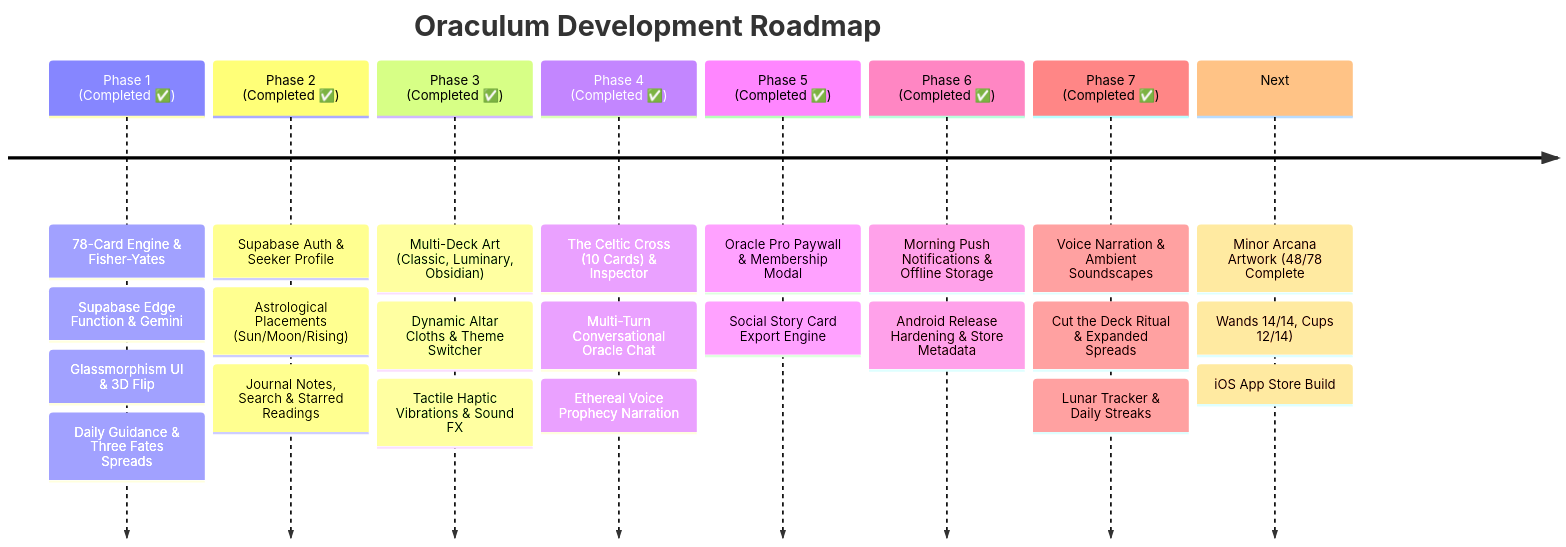
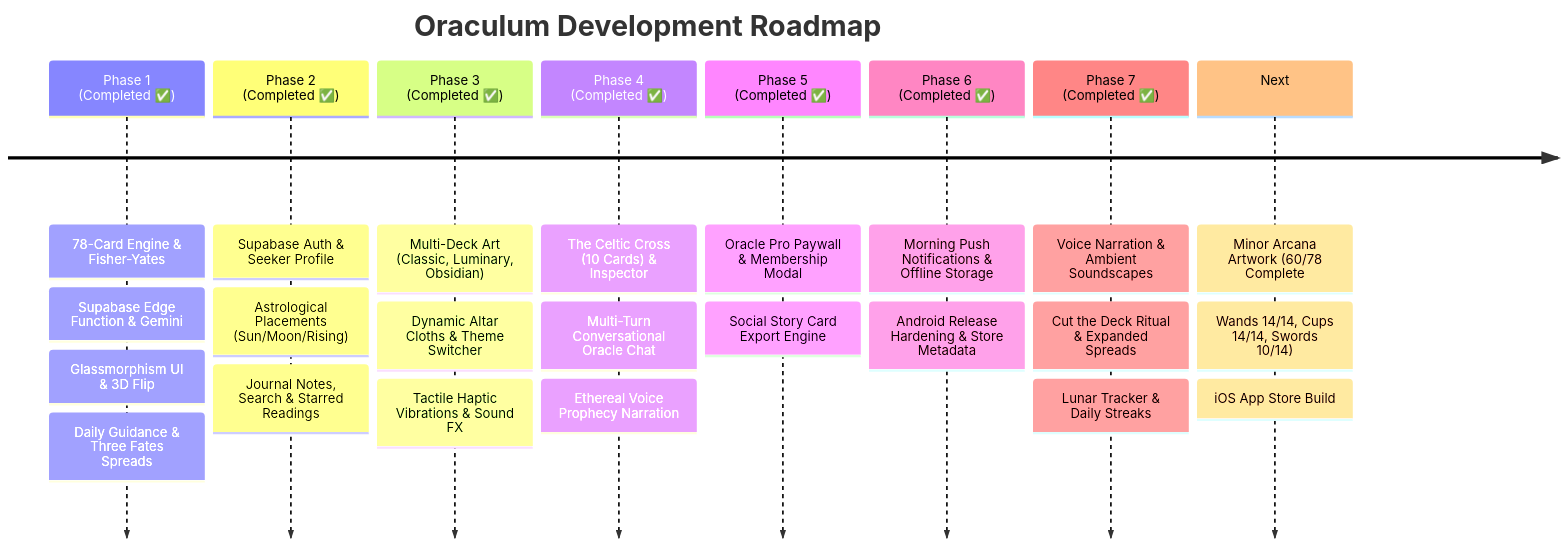
The diagram in ROADMAP.md (Dreke20/TarotApp), drawn with Mermaid before and after one commit. The commit also changed other lines of this file, not shown here.

Commit message:
docs(roadmap): Track Minor Arcana completion at 60/78 cards (Wands 14/14, Cups 14/14, Swords 10/14)

````diff
--- a/ROADMAP.md
+++ b/ROADMAP.md
@@ -9,26 +9,26 @@
 ```mermaid
 timeline
     title Oraculum Development Roadmap
     Phase 1 (Completed ✅) : 78-Card Engine & Fisher-Yates
                           : Supabase Edge Function & Gemini
                           : Glassmorphism UI & 3D Flip
                           : Daily Guidance & Three Fates Spreads
     Phase 2 (Completed ✅) : Supabase Auth & Seeker Profile
                           : Astrological Placements (Sun/Moon/Rising)
                           : Journal Notes, Search & Starred Readings
     Phase 3 (Completed ✅) : Multi-Deck Art (Classic, Luminary, Obsidian)
                           : Dynamic Altar Cloths & Theme Switcher
                           : Tactile Haptic Vibrations & Sound FX
     Phase 4 (Completed ✅) : The Celtic Cross (10 Cards) & Inspector
                           : Multi-Turn Conversational Oracle Chat
                           : Ethereal Voice Prophecy Narration
     Phase 5 (Completed ✅) : Oracle Pro Paywall & Membership Modal
                           : Social Story Card Export Engine
     Phase 6 (Completed ✅) : Morning Push Notifications & Offline Storage
                           : Android Release Hardening & Store Metadata
     Phase 7 (Completed ✅) : Voice Narration & Ambient Soundscapes
                           : Cut the Deck Ritual & Expanded Spreads
                           : Lunar Tracker & Daily Streaks
-    Next                  : Minor Arcana Artwork (48/78 Complete: Wands 14/14, Cups 12/14)
+    Next                  : Minor Arcana Artwork (60/78 Complete: Wands 14/14, Cups 14/14, Swords 10/14)
                           : iOS App Store Build
 ```
````
